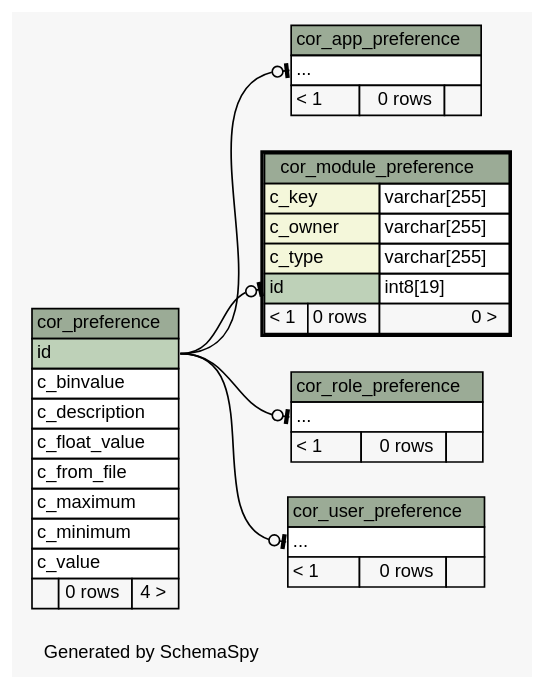
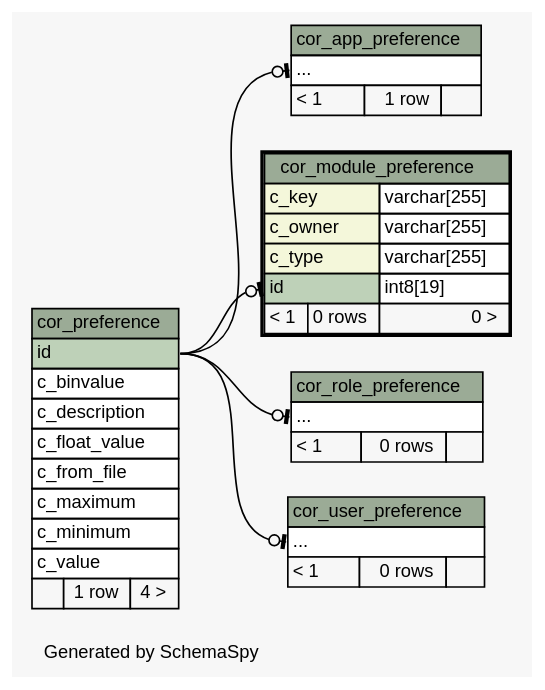
One commit to openwms/org.openwms.core.preferences.lib changed the diagram in schemaspy/diagrams/cor_module_preference.2degrees.dot. Above: the diagram before and after it, drawn with Graphviz. The commit also changed 228 other files, not shown here.

```diff
--- a/schemaspy/diagrams/cor_module_preference.2degrees.dot
+++ b/schemaspy/diagrams/cor_module_preference.2degrees.dot
@@ -1,86 +1,86 @@
-// dot 2.40.1 on Mac OS X 10.14.6
+// dot 2.36.0 on Linux 4.4.0-101-generic
 // SchemaSpy rev Unknown
 digraph "twoDegreesRelationshipsDiagram" {
   graph [
     rankdir="RL"
     bgcolor="#f7f7f7"
     label="\nGenerated by SchemaSpy"
     labeljust="l"
     nodesep="0.18"
     ranksep="0.46"
     fontname="Helvetica"
     fontsize="11"
   ];
   node [
     fontname="Helvetica"
     fontsize="11"
     shape="plaintext"
   ];
   edge [
     arrowsize="0.8"
   ];
   "cor_app_preference":"elipses":w -> "cor_preference":"id":e [arrowhead=none dir=back arrowtail=teeodot];
   "cor_module_preference":"id":w -> "cor_preference":"id":e [arrowhead=none dir=back arrowtail=teeodot];
   "cor_role_preference":"elipses":w -> "cor_preference":"id":e [arrowhead=none dir=back arrowtail=teeodot];
   "cor_user_preference":"elipses":w -> "cor_preference":"id":e [arrowhead=none dir=back arrowtail=teeodot];
   "cor_app_preference" [
     label=<
     <TABLE BORDER="0" CELLBORDER="1" CELLSPACING="0" BGCOLOR="#ffffff">
       <TR><TD COLSPAN="3" BGCOLOR="#9bab96" ALIGN="CENTER">cor_app_preference</TD></TR>
       <TR><TD PORT="elipses" COLSPAN="3" ALIGN="LEFT">...</TD></TR>
-      <TR><TD ALIGN="LEFT" BGCOLOR="#f7f7f7">&lt; 1</TD><TD ALIGN="RIGHT" BGCOLOR="#f7f7f7">0 rows</TD><TD ALIGN="RIGHT" BGCOLOR="#f7f7f7">  </TD></TR>
+      <TR><TD ALIGN="LEFT" BGCOLOR="#f7f7f7">&lt; 1</TD><TD ALIGN="RIGHT" BGCOLOR="#f7f7f7">1 row</TD><TD ALIGN="RIGHT" BGCOLOR="#f7f7f7">  </TD></TR>
     </TABLE>>
     URL="cor_app_preference.html"
     tooltip="cor_app_preference"
   ];
   "cor_module_preference" [
     label=<
     <TABLE BORDER="2" CELLBORDER="1" CELLSPACING="0" BGCOLOR="#ffffff">
       <TR><TD COLSPAN="3" BGCOLOR="#9bab96" ALIGN="CENTER">cor_module_preference</TD></TR>
       <TR><TD PORT="c_key" COLSPAN="2" BGCOLOR="#f4f7da" ALIGN="LEFT">c_key</TD><TD PORT="c_key.type" ALIGN="LEFT">varchar[255]</TD></TR>
       <TR><TD PORT="c_owner" COLSPAN="2" BGCOLOR="#f4f7da" ALIGN="LEFT">c_owner</TD><TD PORT="c_owner.type" ALIGN="LEFT">varchar[255]</TD></TR>
       <TR><TD PORT="c_type" COLSPAN="2" BGCOLOR="#f4f7da" ALIGN="LEFT">c_type</TD><TD PORT="c_type.type" ALIGN="LEFT">varchar[255]</TD></TR>
       <TR><TD PORT="id" COLSPAN="2" BGCOLOR="#bed1b8" ALIGN="LEFT">id</TD><TD PORT="id.type" ALIGN="LEFT">int8[19]</TD></TR>
       <TR><TD ALIGN="LEFT" BGCOLOR="#f7f7f7">&lt; 1</TD><TD ALIGN="RIGHT" BGCOLOR="#f7f7f7">0 rows</TD><TD ALIGN="RIGHT" BGCOLOR="#f7f7f7">0 &gt;</TD></TR>
     </TABLE>>
     URL="cor_module_preference.html"
     tooltip="cor_module_preference"
   ];
   "cor_preference" [
     label=<
     <TABLE BORDER="0" CELLBORDER="1" CELLSPACING="0" BGCOLOR="#ffffff">
       <TR><TD COLSPAN="3" BGCOLOR="#9bab96" ALIGN="CENTER">cor_preference</TD></TR>
       <TR><TD PORT="id" COLSPAN="3" BGCOLOR="#bed1b8" ALIGN="LEFT">id</TD></TR>
       <TR><TD PORT="c_binvalue" COLSPAN="3" ALIGN="LEFT">c_binvalue</TD></TR>
       <TR><TD PORT="c_description" COLSPAN="3" ALIGN="LEFT">c_description</TD></TR>
       <TR><TD PORT="c_float_value" COLSPAN="3" ALIGN="LEFT">c_float_value</TD></TR>
       <TR><TD PORT="c_from_file" COLSPAN="3" ALIGN="LEFT">c_from_file</TD></TR>
       <TR><TD PORT="c_maximum" COLSPAN="3" ALIGN="LEFT">c_maximum</TD></TR>
       <TR><TD PORT="c_minimum" COLSPAN="3" ALIGN="LEFT">c_minimum</TD></TR>
       <TR><TD PORT="c_value" COLSPAN="3" ALIGN="LEFT">c_value</TD></TR>
-      <TR><TD ALIGN="LEFT" BGCOLOR="#f7f7f7">  </TD><TD ALIGN="RIGHT" BGCOLOR="#f7f7f7">0 rows</TD><TD ALIGN="RIGHT" BGCOLOR="#f7f7f7">4 &gt;</TD></TR>
+      <TR><TD ALIGN="LEFT" BGCOLOR="#f7f7f7">  </TD><TD ALIGN="RIGHT" BGCOLOR="#f7f7f7">1 row</TD><TD ALIGN="RIGHT" BGCOLOR="#f7f7f7">4 &gt;</TD></TR>
     </TABLE>>
     URL="cor_preference.html"
     tooltip="cor_preference"
   ];
   "cor_role_preference" [
     label=<
     <TABLE BORDER="0" CELLBORDER="1" CELLSPACING="0" BGCOLOR="#ffffff">
       <TR><TD COLSPAN="3" BGCOLOR="#9bab96" ALIGN="CENTER">cor_role_preference</TD></TR>
       <TR><TD PORT="elipses" COLSPAN="3" ALIGN="LEFT">...</TD></TR>
       <TR><TD ALIGN="LEFT" BGCOLOR="#f7f7f7">&lt; 1</TD><TD ALIGN="RIGHT" BGCOLOR="#f7f7f7">0 rows</TD><TD ALIGN="RIGHT" BGCOLOR="#f7f7f7">  </TD></TR>
     </TABLE>>
     URL="cor_role_preference.html"
     tooltip="cor_role_preference"
   ];
   "cor_user_preference" [
     label=<
     <TABLE BORDER="0" CELLBORDER="1" CELLSPACING="0" BGCOLOR="#ffffff">
       <TR><TD COLSPAN="3" BGCOLOR="#9bab96" ALIGN="CENTER">cor_user_preference</TD></TR>
       <TR><TD PORT="elipses" COLSPAN="3" ALIGN="LEFT">...</TD></TR>
       <TR><TD ALIGN="LEFT" BGCOLOR="#f7f7f7">&lt; 1</TD><TD ALIGN="RIGHT" BGCOLOR="#f7f7f7">0 rows</TD><TD ALIGN="RIGHT" BGCOLOR="#f7f7f7">  </TD></TR>
     </TABLE>>
     URL="cor_user_preference.html"
     tooltip="cor_user_preference"
   ];
 }
```
